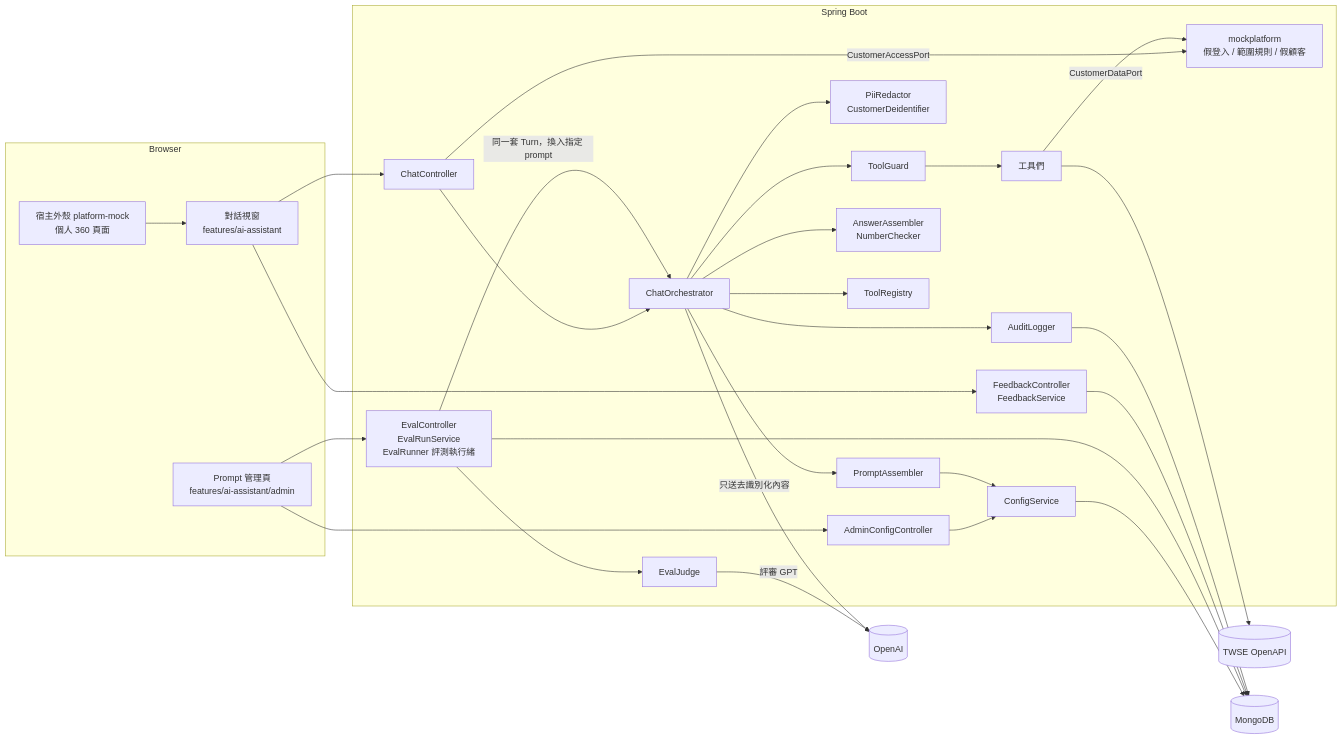
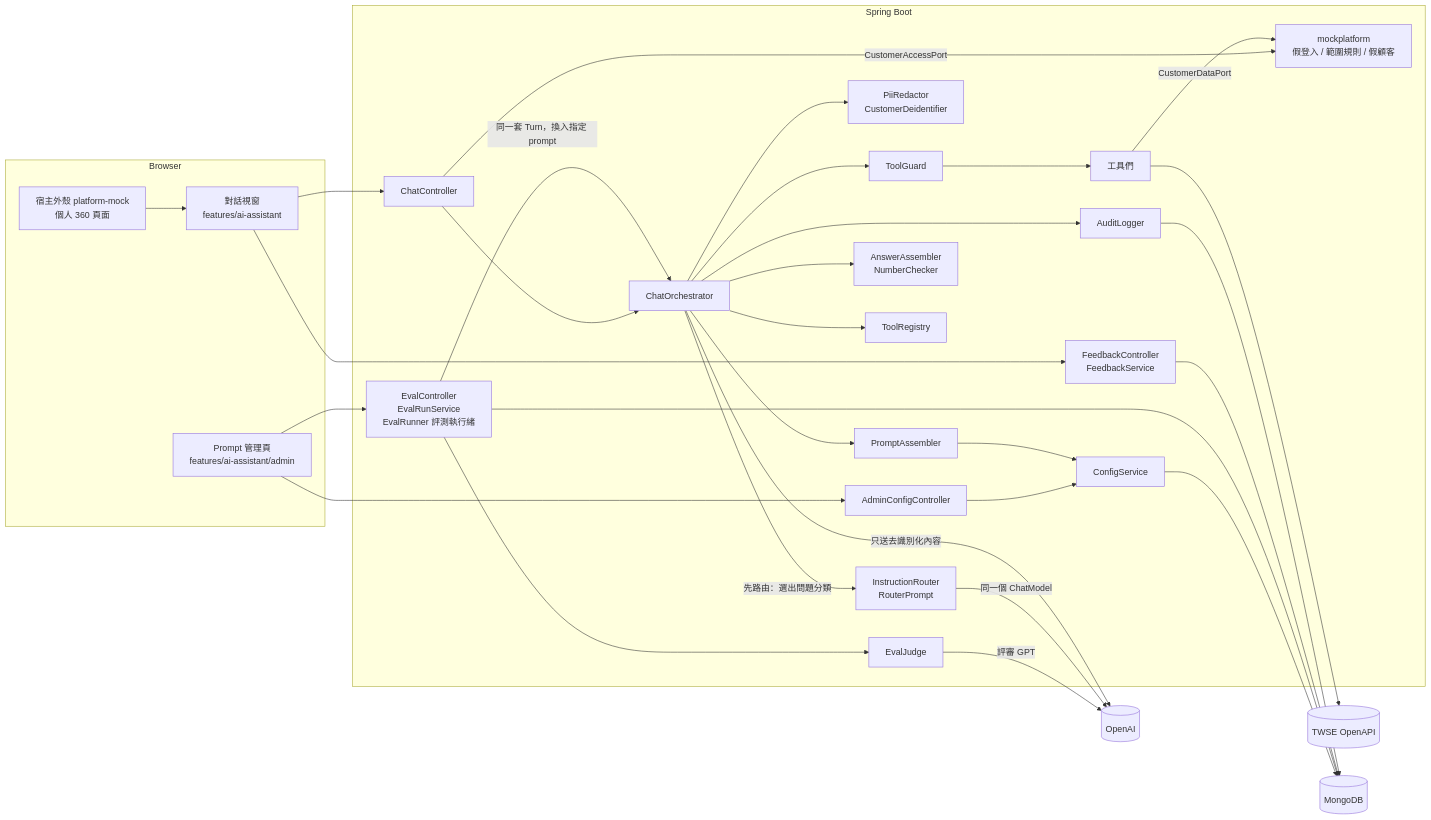
Before and after one commit to Rue1216/assistant-poc: the first of 2 diagrams in docs/spec/01-architecture.md, drawn with Mermaid. The commit also changed other lines of this file and 74 other files, not shown here.

````diff
--- a/docs/spec/01-architecture.md
+++ b/docs/spec/01-architecture.md
@@ -7,46 +7,48 @@
 ```mermaid
 flowchart LR
   subgraph Browser
     H[宿主外殼 platform-mock<br/>個人 360 頁面]
     W[對話視窗<br/>features/ai-assistant]
     A[Prompt 管理頁<br/>features/ai-assistant/admin]
   end
   subgraph Backend[Spring Boot]
     CC[ChatController]
     AC[AdminConfigController]
     O[ChatOrchestrator]
     RD[PiiRedactor<br/>CustomerDeidentifier]
+    IR[InstructionRouter<br/>RouterPrompt]
     PA[PromptAssembler]
     AA[AnswerAssembler<br/>NumberChecker]
     TR[ToolRegistry]
     TG[ToolGuard]
     T[工具們]
     CS[ConfigService]
     AU[AuditLogger]
     FB[FeedbackController<br/>FeedbackService]
     EV[EvalController<br/>EvalRunService<br/>EvalRunner 評測執行緒]
     EJ[EvalJudge]
     MP[mockplatform<br/>假登入 / 範圍規則 / 假顧客]
   end
   GPT[(OpenAI)]
   TWSE[(TWSE OpenAPI)]
   DB[(MongoDB)]
 
   H --> W --> CC
   CC -->|CustomerAccessPort| MP
   CC --> O
   A --> AC --> CS --> DB
   A --> EV --> DB
   EV -->|同一套 Turn，換入指定 prompt| O
   EV --> EJ -->|評審 GPT| GPT
   W --> FB --> DB
   O --> RD
+  O -->|先路由：選出問題分類| IR -->|同一個 ChatModel| GPT
   O --> PA --> CS
   O --> AA
   O --> TR
   O -->|只送去識別化內容| GPT
   O --> TG --> T
   T -->|CustomerDataPort| MP
   T --> TWSE
   O --> AU --> DB
 ```
````
